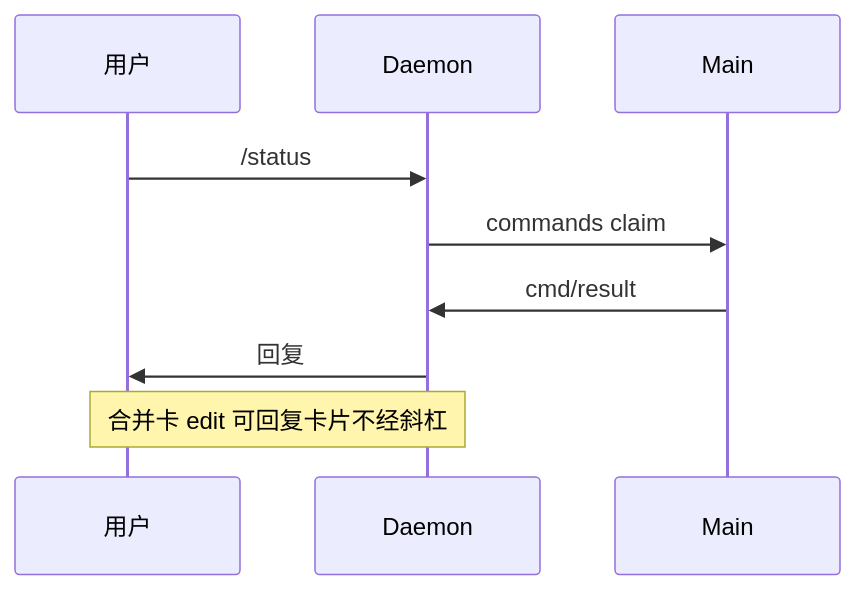
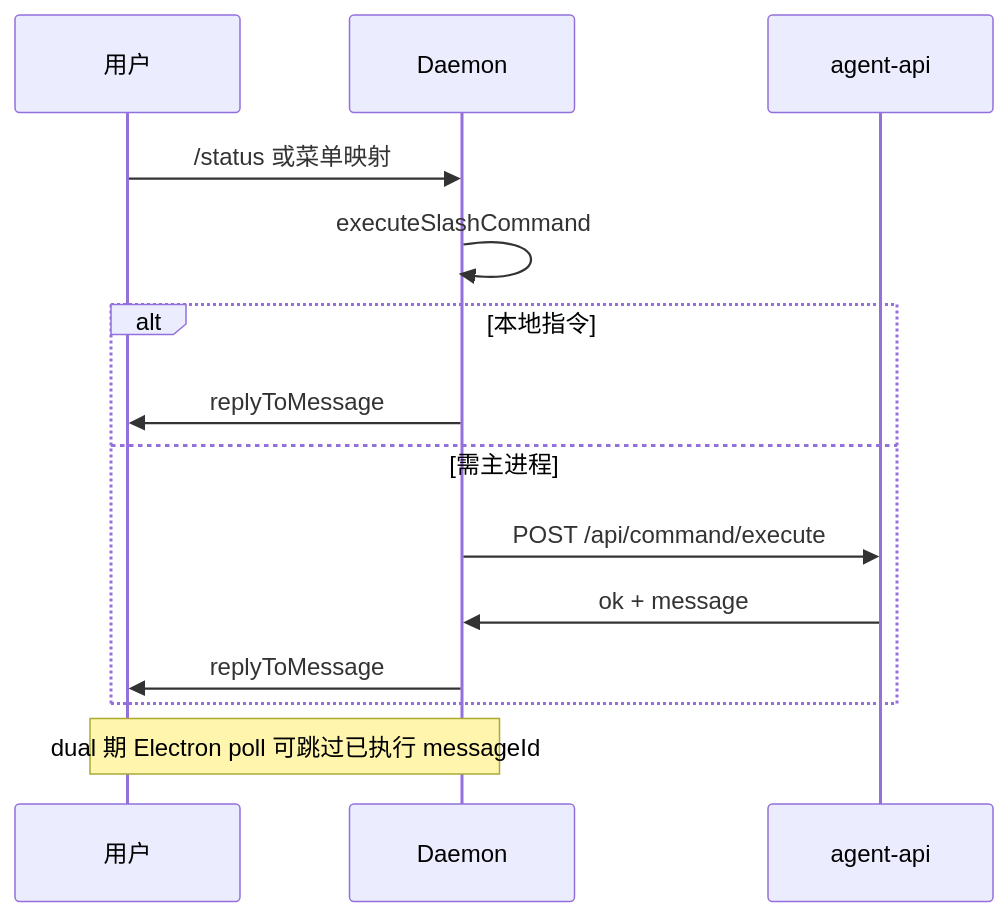
One commit to suveng/cursor-claw changed the diagram in knowledge/业务域/Agent调度/04-远程指令.md. Above: the diagram before and after it, drawn with Mermaid. The commit also changed other lines of this file and 29 other files, not shown here.

````diff
--- a/knowledge/业务域/Agent调度/04-远程指令.md
+++ b/knowledge/业务域/Agent调度/04-远程指令.md
@@ -53,11 +55,16 @@
 ```mermaid
 sequenceDiagram
   participant U as 用户
   participant D as Daemon
-  participant M as Main
-  U->>D: /status
-  D->>M: commands claim
-  M->>D: cmd/result
-  D->>U: 回复
-  Note over U,D: 合并卡 edit 可回复卡片不经斜杠
+  participant E as agent-api
+  U->>D: /status 或菜单映射
+  D->>D: executeSlashCommand
+  alt 本地指令
+    D->>U: replyToMessage
+  else 需主进程
+    D->>E: POST /api/command/execute
+    E->>D: ok + message
+    D->>U: replyToMessage
+  end
+  Note over U,D: dual 期 Electron poll 可跳过已执行 messageId
 ```
````
